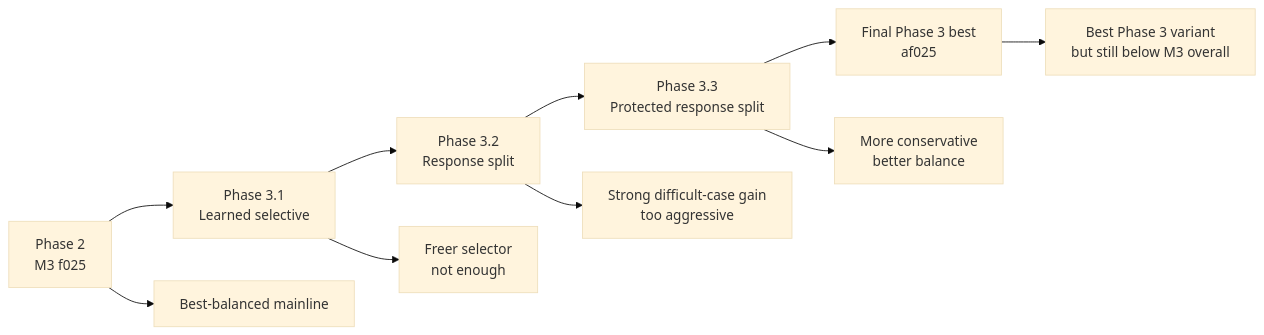
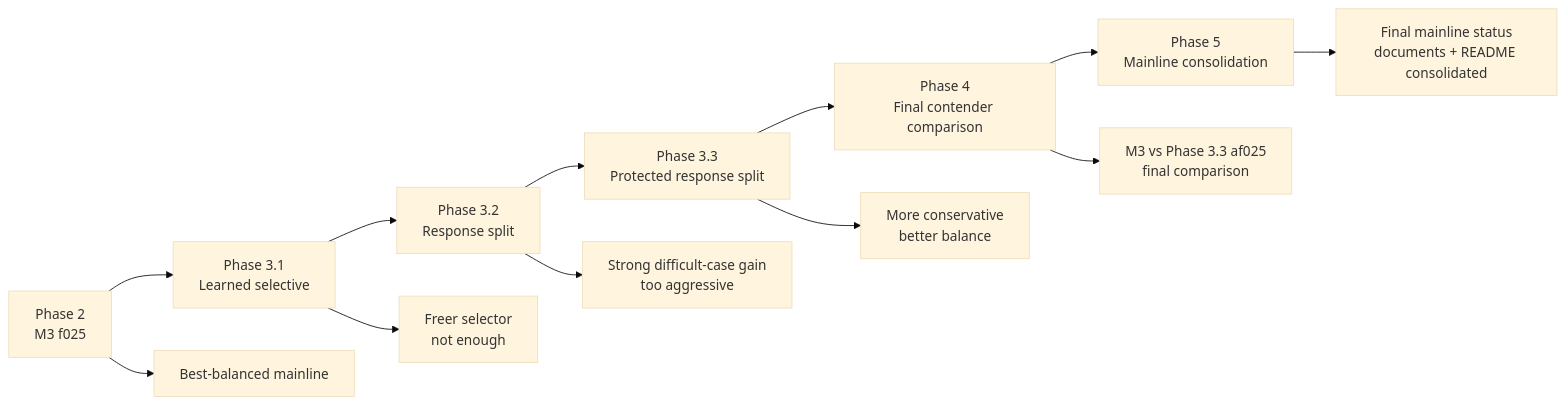
One commit to HolyLin990604/physics-guided-urban-flood-prediction changed the first of 2 diagrams in README.md. Above: the diagram before and after it, drawn with Mermaid (base theme). The commit also changed other lines of this file, not shown here.

Commit message:
Finalize README stage flow and remove duplicate Phase 4 section

````diff
--- a/README.md
+++ b/README.md
@@ -84,13 +69,15 @@
 ```mermaid
 flowchart LR
     A[Phase 2<br/>M3 f025] --> B[Phase 3.1<br/>Learned selective]
     B --> C[Phase 3.2<br/>Response split]
     C --> D[Phase 3.3<br/>Protected response split]
-    D --> E[Final Phase 3 best<br/>af025]
+    D --> E[Phase 4<br/>Final contender comparison]
+    E --> F[Phase 5<br/>Mainline consolidation]
 
     A --> A1[Best-balanced mainline]
     B --> B1[Freer selector<br/>not enough]
     C --> C1[Strong difficult-case gain<br/>too aggressive]
     D --> D1[More conservative<br/>better balance]
-    E --> E1[Best Phase 3 variant<br/>but still below M3 overall]
+    E --> E1[M3 vs Phase 3.3 af025<br/>final comparison]
+    F --> F1[Final mainline status<br/>documents + README consolidated]
 ```
````
